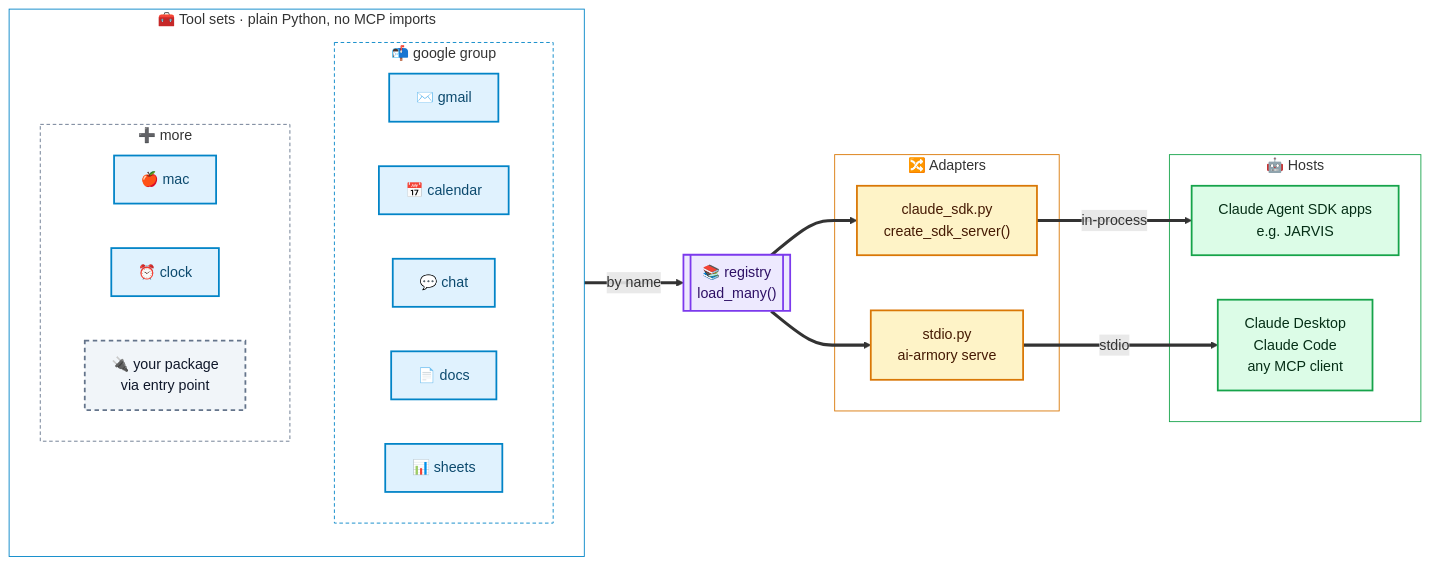
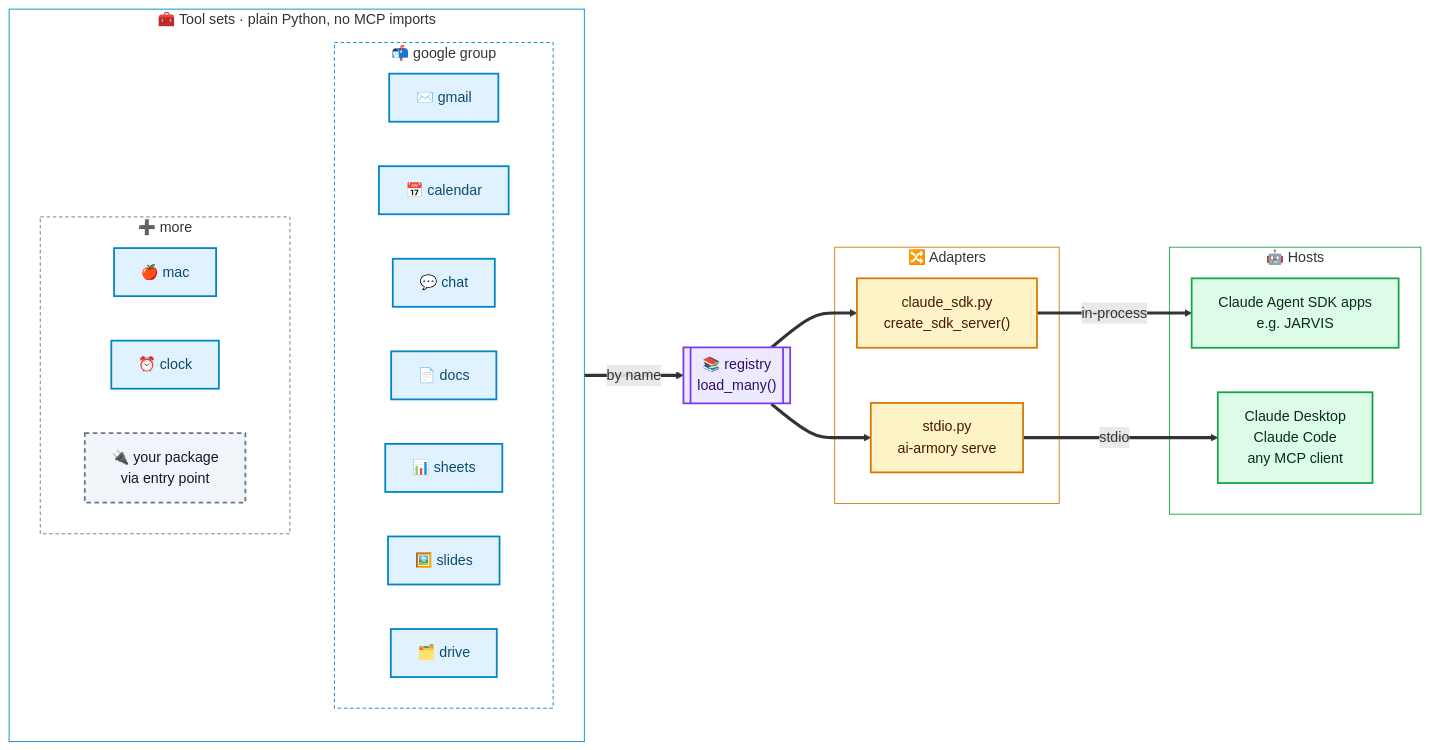
The first of 4 diagrams in README.md (anilkumarmeena/ai-armory), drawn with Mermaid before and after one commit. The commit also changed other lines of this file and 12 other files, not shown here.

Commit message:
Google: send and reply in Gmail, change and answer calendar events, free time, Slides and Drive search

````diff
--- a/README.md
+++ b/README.md
@@ -35,53 +35,55 @@
 ```mermaid
 flowchart LR
     subgraph SETS["🧰 Tool sets · plain Python, no MCP imports"]
         subgraph GOOGLE["📬 google group"]
             gmail["✉️ gmail"]
             calendar["📅 calendar"]
             chat["💬 chat"]
             docs["📄 docs"]
             sheets["📊 sheets"]
+            slides["🖼️ slides"]
+            drive["🗂️ drive"]
         end
         subgraph MORE["➕ more"]
             mac["🍎 mac"]
             clock["⏰ clock"]
             plugin["🔌 your package<br/>via entry point"]
         end
     end
 
     registry[["📚 registry<br/>load_many()"]]
 
     subgraph ADAPTERS["🔀 Adapters"]
         sdk["claude_sdk.py<br/>create_sdk_server()"]
         stdio["stdio.py<br/>ai-armory serve"]
     end
 
     subgraph HOSTS["🤖 Hosts"]
         agent["Claude Agent SDK apps<br/>e.g. JARVIS"]
         clients["Claude Desktop<br/>Claude Code<br/>any MCP client"]
     end
 
     SETS ==>|"by name"| registry
     registry ==> sdk
     registry ==> stdio
     sdk ==>|"in-process"| agent
     stdio ==>|"stdio"| clients
 
     classDef set fill:#e0f2fe,stroke:#0284c7,stroke-width:2px,color:#0c4a6e
     classDef coreNode fill:#ede9fe,stroke:#7c3aed,stroke-width:2px,color:#2e1065
     classDef adapter fill:#fef3c7,stroke:#d97706,stroke-width:2px,color:#451a03
     classDef host fill:#dcfce7,stroke:#16a34a,stroke-width:2px,color:#052e16
     classDef ext fill:#f1f5f9,stroke:#64748b,stroke-width:2px,stroke-dasharray:5 4,color:#0f172a
 
-    class mac,clock,gmail,calendar,chat,docs,sheets set
+    class mac,clock,gmail,calendar,chat,docs,sheets,slides,drive set
     class registry coreNode
     class sdk,stdio adapter
     class agent,clients host
     class plugin ext
 
     style SETS fill:transparent,stroke:#0284c7
     style GOOGLE fill:transparent,stroke:#0284c7,stroke-dasharray:4 3
     style MORE fill:transparent,stroke:#64748b,stroke-dasharray:4 3
     style ADAPTERS fill:transparent,stroke:#d97706
     style HOSTS fill:transparent,stroke:#16a34a
 ```
````
